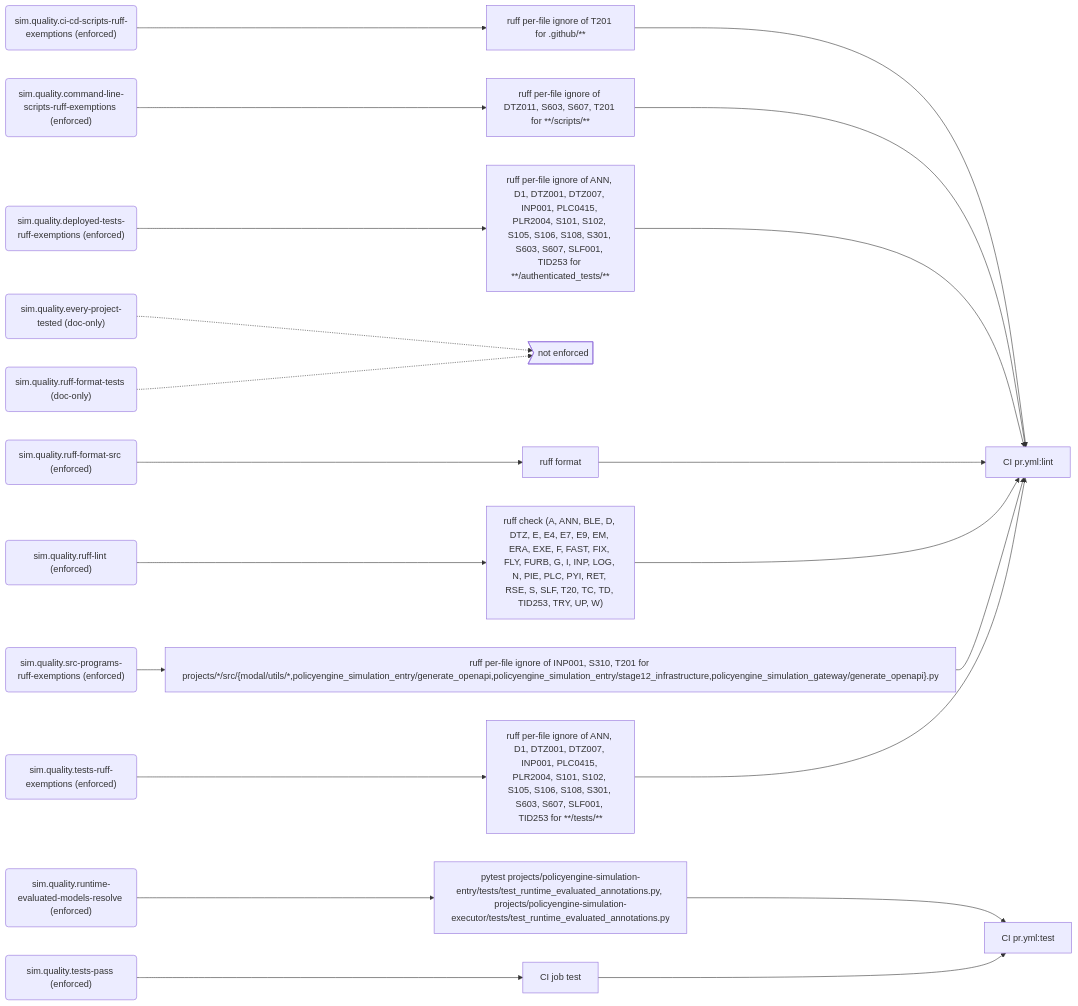
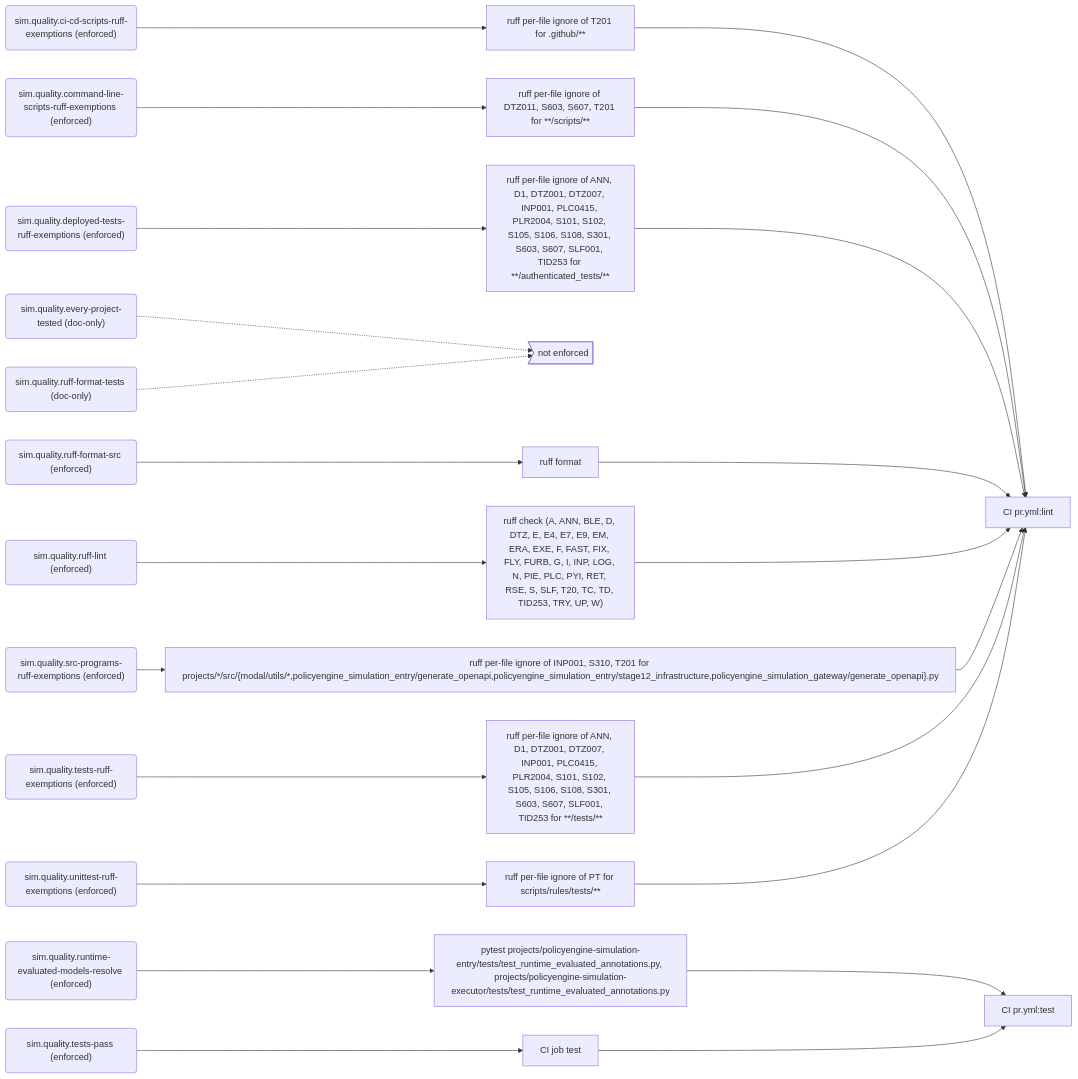
The sixth of 8 diagrams in docs/generated/rules.md (PolicyEngine/policyengine-sim-api), drawn with Mermaid before and after one commit. The commit also changed other lines of this file and 3 other files, not shown here.

First line of the commit message:
Exempt the rules tool's unittest tests from pytest-style rules

````diff
--- a/docs/generated/rules.md
+++ b/docs/generated/rules.md
@@ -261,46 +262,50 @@
 ```mermaid
 flowchart LR
   r_sim_quality_ci_cd_scripts_ruff_exemptions("sim.quality.ci-cd-scripts-ruff-exemptions (enforced)")
   e_ruff_per_file_ignore_of_T201_for__github___["ruff per-file ignore of T201 for .github/**"]
   j_CI_pr_yml_lint["CI pr.yml:lint"]
   r_sim_quality_command_line_scripts_ruff_exemptions("sim.quality.command-line-scripts-ruff-exemptions (enforced)")
   e_ruff_per_file_ignore_of_DTZ011__S603__S607__T201_for____scripts___["ruff per-file ignore of DTZ011, S603, S607, T201 for **/scripts/**"]
   r_sim_quality_deployed_tests_ruff_exemptions("sim.quality.deployed-tests-ruff-exemptions (enforced)")
   e_ruff_per_file_ignore_of_ANN__D1__DTZ001__DTZ007__INP001__PLC0415__PLR2004__S101__S102__S105__S106__S108__S301__S603__S607__SLF001__TID253_for____authenticated_tests___["ruff per-file ignore of ANN, D1, DTZ001, DTZ007, INP001, PLC0415, PLR2004, S101, S102, S105, S106, S108, S301, S603, S607, SLF001, TID253 for **/authenticated_tests/**"]
   r_sim_quality_every_project_tested("sim.quality.every-project-tested (doc-only)")
   gap_unenforced>"not enforced"]
   r_sim_quality_ruff_format_src("sim.quality.ruff-format-src (enforced)")
   e_ruff_format["ruff format"]
   r_sim_quality_ruff_format_tests("sim.quality.ruff-format-tests (doc-only)")
   r_sim_quality_ruff_lint("sim.quality.ruff-lint (enforced)")
   e_ruff_check__A__ANN__BLE__D__DTZ__E__E4__E7__E9__EM__ERA__EXE__F__FAST__FIX__FLY__FURB__G__I__INP__LOG__N__PIE__PLC__PYI__RET__RSE__S__SLF__T20__TC__TD__TID253__TRY__UP__W_["ruff check (A, ANN, BLE, D, DTZ, E, E4, E7, E9, EM, ERA, EXE, F, FAST, FIX, FLY, FURB, G, I, INP, LOG, N, PIE, PLC, PYI, RET, RSE, S, SLF, T20, TC, TD, TID253, TRY, UP, W)"]
   r_sim_quality_runtime_evaluated_models_resolve("sim.quality.runtime-evaluated-models-resolve (enforced)")
   e_pytest_projects_policyengine_simulation_entry_tests_test_runtime_evaluated_annotations_py__projects_policyengine_simulation_executor_tests_test_runtime_evaluated_annotations_py["pytest projects/policyengine-simulation-entry/tests/test_runtime_evaluated_annotations.py, projects/policyengine-simulation-executor/tests/test_runtime_evaluated_annotations.py"]
   j_CI_pr_yml_test["CI pr.yml:test"]
   r_sim_quality_src_programs_ruff_exemptions("sim.quality.src-programs-ruff-exemptions (enforced)")
   e_ruff_per_file_ignore_of_INP001__S310__T201_for_projects___src__modal_utils___policyengine_simulation_entry_generate_openapi_policyengine_simulation_entry_stage12_infrastructure_policyengine_simulation_gateway_generate_openapi__py["ruff per-file ignore of INP001, S310, T201 for projects/*/src/{modal/utils/*,policyengine_simulation_entry/generate_openapi,policyengine_simulation_entry/stage12_infrastructure,policyengine_simulation_gateway/generate_openapi}.py"]
   r_sim_quality_tests_pass("sim.quality.tests-pass (enforced)")
   e_CI_job_test["CI job test"]
   r_sim_quality_tests_ruff_exemptions("sim.quality.tests-ruff-exemptions (enforced)")
   e_ruff_per_file_ignore_of_ANN__D1__DTZ001__DTZ007__INP001__PLC0415__PLR2004__S101__S102__S105__S106__S108__S301__S603__S607__SLF001__TID253_for____tests___["ruff per-file ignore of ANN, D1, DTZ001, DTZ007, INP001, PLC0415, PLR2004, S101, S102, S105, S106, S108, S301, S603, S607, SLF001, TID253 for **/tests/**"]
+  r_sim_quality_unittest_ruff_exemptions("sim.quality.unittest-ruff-exemptions (enforced)")
+  e_ruff_per_file_ignore_of_PT_for_scripts_rules_tests___["ruff per-file ignore of PT for scripts/rules/tests/**"]
   r_sim_quality_ci_cd_scripts_ruff_exemptions --> e_ruff_per_file_ignore_of_T201_for__github___
   e_ruff_per_file_ignore_of_T201_for__github___ --> j_CI_pr_yml_lint
   r_sim_quality_command_line_scripts_ruff_exemptions --> e_ruff_per_file_ignore_of_DTZ011__S603__S607__T201_for____scripts___
   e_ruff_per_file_ignore_of_DTZ011__S603__S607__T201_for____scripts___ --> j_CI_pr_yml_lint
   r_sim_quality_deployed_tests_ruff_exemptions --> e_ruff_per_file_ignore_of_ANN__D1__DTZ001__DTZ007__INP001__PLC0415__PLR2004__S101__S102__S105__S106__S108__S301__S603__S607__SLF001__TID253_for____authenticated_tests___
   e_ruff_per_file_ignore_of_ANN__D1__DTZ001__DTZ007__INP001__PLC0415__PLR2004__S101__S102__S105__S106__S108__S301__S603__S607__SLF001__TID253_for____authenticated_tests___ --> j_CI_pr_yml_lint
   r_sim_quality_every_project_tested -.-> gap_unenforced
   r_sim_quality_ruff_format_src --> e_ruff_format
   e_ruff_format --> j_CI_pr_yml_lint
   r_sim_quality_ruff_format_tests -.-> gap_unenforced
   r_sim_quality_ruff_lint --> e_ruff_check__A__ANN__BLE__D__DTZ__E__E4__E7__E9__EM__ERA__EXE__F__FAST__FIX__FLY__FURB__G__I__INP__LOG__N__PIE__PLC__PYI__RET__RSE__S__SLF__T20__TC__TD__TID253__TRY__UP__W_
   e_ruff_check__A__ANN__BLE__D__DTZ__E__E4__E7__E9__EM__ERA__EXE__F__FAST__FIX__FLY__FURB__G__I__INP__LOG__N__PIE__PLC__PYI__RET__RSE__S__SLF__T20__TC__TD__TID253__TRY__UP__W_ --> j_CI_pr_yml_lint
   r_sim_quality_runtime_evaluated_models_resolve --> e_pytest_projects_policyengine_simulation_entry_tests_test_runtime_evaluated_annotations_py__projects_policyengine_simulation_executor_tests_test_runtime_evaluated_annotations_py
   e_pytest_projects_policyengine_simulation_entry_tests_test_runtime_evaluated_annotations_py__projects_policyengine_simulation_executor_tests_test_runtime_evaluated_annotations_py --> j_CI_pr_yml_test
   r_sim_quality_src_programs_ruff_exemptions --> e_ruff_per_file_ignore_of_INP001__S310__T201_for_projects___src__modal_utils___policyengine_simulation_entry_generate_openapi_policyengine_simulation_entry_stage12_infrastructure_policyengine_simulation_gateway_generate_openapi__py
   e_ruff_per_file_ignore_of_INP001__S310__T201_for_projects___src__modal_utils___policyengine_simulation_entry_generate_openapi_policyengine_simulation_entry_stage12_infrastructure_policyengine_simulation_gateway_generate_openapi__py --> j_CI_pr_yml_lint
   r_sim_quality_tests_pass --> e_CI_job_test
   e_CI_job_test --> j_CI_pr_yml_test
   r_sim_quality_tests_ruff_exemptions --> e_ruff_per_file_ignore_of_ANN__D1__DTZ001__DTZ007__INP001__PLC0415__PLR2004__S101__S102__S105__S106__S108__S301__S603__S607__SLF001__TID253_for____tests___
   e_ruff_per_file_ignore_of_ANN__D1__DTZ001__DTZ007__INP001__PLC0415__PLR2004__S101__S102__S105__S106__S108__S301__S603__S607__SLF001__TID253_for____tests___ --> j_CI_pr_yml_lint
+  r_sim_quality_unittest_ruff_exemptions --> e_ruff_per_file_ignore_of_PT_for_scripts_rules_tests___
+  e_ruff_per_file_ignore_of_PT_for_scripts_rules_tests___ --> j_CI_pr_yml_lint
 ```
````
